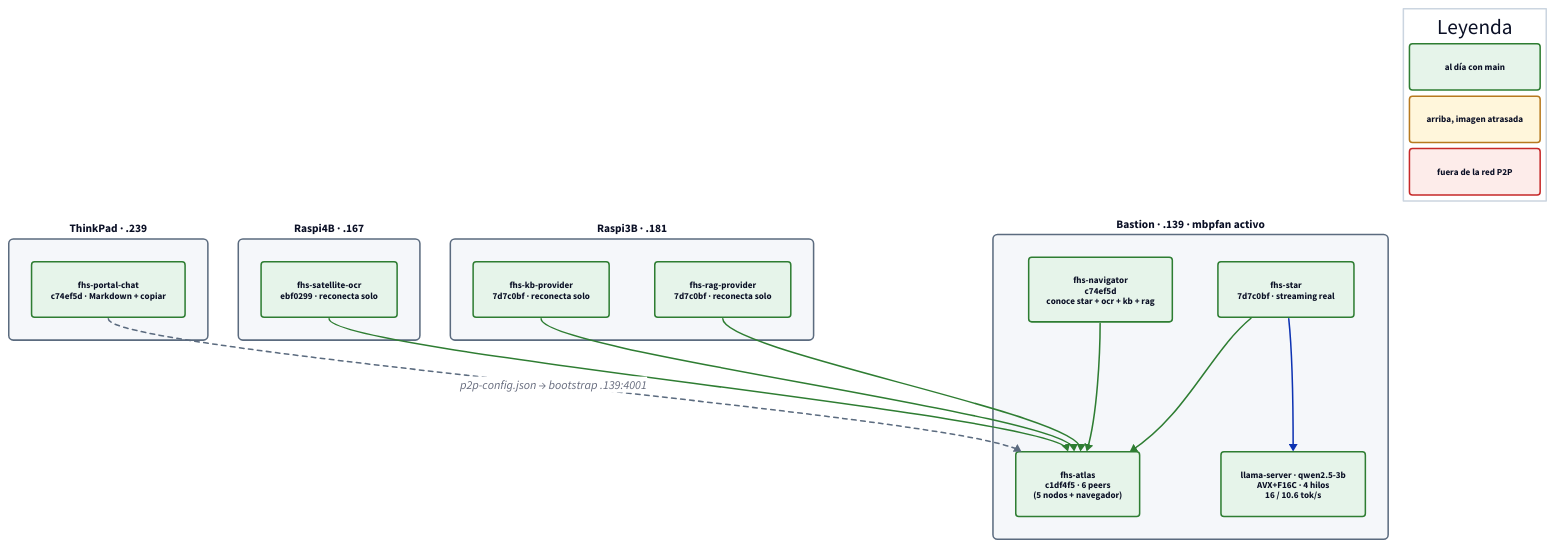
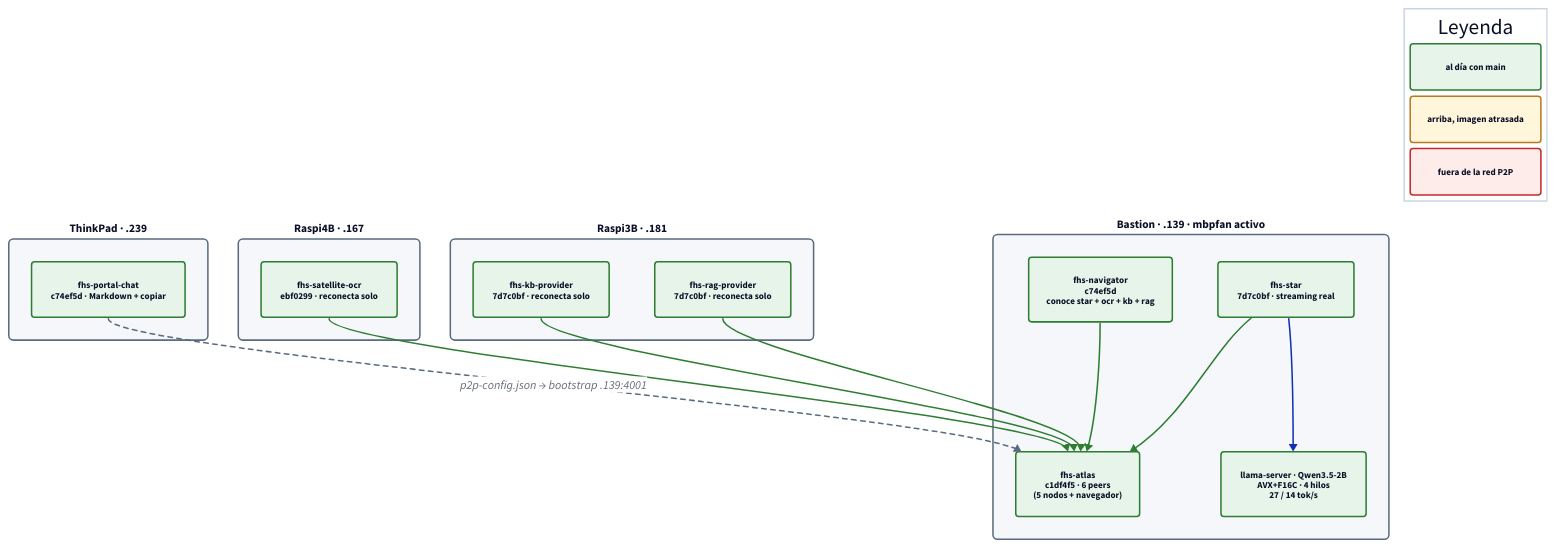
One commit to rafex/galaxIA-gitops changed the diagram in docs/diagramas/estado-actual.d2. Above: the diagram before and after it, drawn with D2. The commit also changed 8 other files, not shown here.

```diff
--- a/docs/diagramas/estado-actual.d2
+++ b/docs/diagramas/estado-actual.d2
@@ -1,102 +1,102 @@
 # Estado observado de la PoC — snapshot 2026-09-26 23:47 (CST)
 # Se actualiza a mano junto con docs/estado-poc.md.
 # Regenerar: scripts/render-diagramas.sh
 
 direction: down
 
 classes: {
   host: {
     style: {
       fill: "#F5F7FA"
       stroke: "#5B6B7F"
       border-radius: 6
       font-size: 15
       bold: true
     }
   }
   ok: {
     style: {
       fill: "#E6F4EA"
       stroke: "#2E7D32"
       border-radius: 4
       font-size: 12
     }
   }
   viejo: {
     style: {
       fill: "#FFF6DB"
       stroke: "#B7791F"
       border-radius: 4
       font-size: 12
     }
   }
   caido: {
     style: {
       fill: "#FDECEA"
       stroke: "#C62828"
       stroke-width: 2
       border-radius: 4
       font-size: 12
     }
   }
   enlace: {
     style: {
       stroke: "#2E7D32"
       stroke-width: 2
     }
   }
   roto: {
     style: {
       stroke: "#C62828"
       stroke-width: 2
       stroke-dash: 5
       font-color: "#C62828"
     }
   }
 }
 
 leyenda: "Leyenda" {
   near: top-right
   style.fill: "#FFFFFF"
   style.stroke: "#CBD5E0"
   grid-columns: 1
   grid-gap: 8
   a: "al día con main" {class: ok}
   b: "arriba, imagen atrasada" {class: viejo}
   c: "fuera de la red P2P" {class: caido}
 }
 
 thinkpad: "ThinkPad · .239" {
   class: host
   portal: "fhs-portal-chat\nc74ef5d · Markdown + copiar" {class: ok}
 }
 
 bastion: "Bastion · .139 · mbpfan activo" {
   class: host
   atlas: "fhs-atlas\nc1df4f5 · 6 peers\n(5 nodos + navegador)" {class: ok}
   navigator: "fhs-navigator\nc74ef5d\nconoce star + ocr + kb + rag" {class: ok}
   star: "fhs-star\n7d7c0bf · streaming real" {class: ok}
-  llama: "llama-server · qwen2.5-3b\nAVX+F16C · 4 hilos\n16 / 10.6 tok/s" {class: ok}
+  llama: "llama-server · Qwen3.5-2B\nAVX+F16C · 4 hilos\n27 / 14 tok/s" {class: ok}
   star -> llama
 }
 
 raspi3b: "Raspi3B · .181" {
   class: host
   kb: "fhs-kb-provider\n7d7c0bf · reconecta solo" {class: ok}
   rag: "fhs-rag-provider\n7d7c0bf · reconecta solo" {class: ok}
 }
 
 raspi4b: "Raspi4B · .167" {
   class: host
   ocr: "fhs-satellite-ocr\nebf0299 · reconecta solo" {class: ok}
 }
 
 bastion.navigator -> bastion.atlas {class: enlace}
 bastion.star -> bastion.atlas {class: enlace}
 raspi3b.kb -> bastion.atlas {class: enlace}
 raspi3b.rag -> bastion.atlas {class: enlace}
 raspi4b.ocr -> bastion.atlas {class: enlace}
 thinkpad.portal -> bastion.atlas: "p2p-config.json → bootstrap .139:4001" {
   style.stroke: "#5B6B7F"
   style.stroke-dash: 3
 }
```
